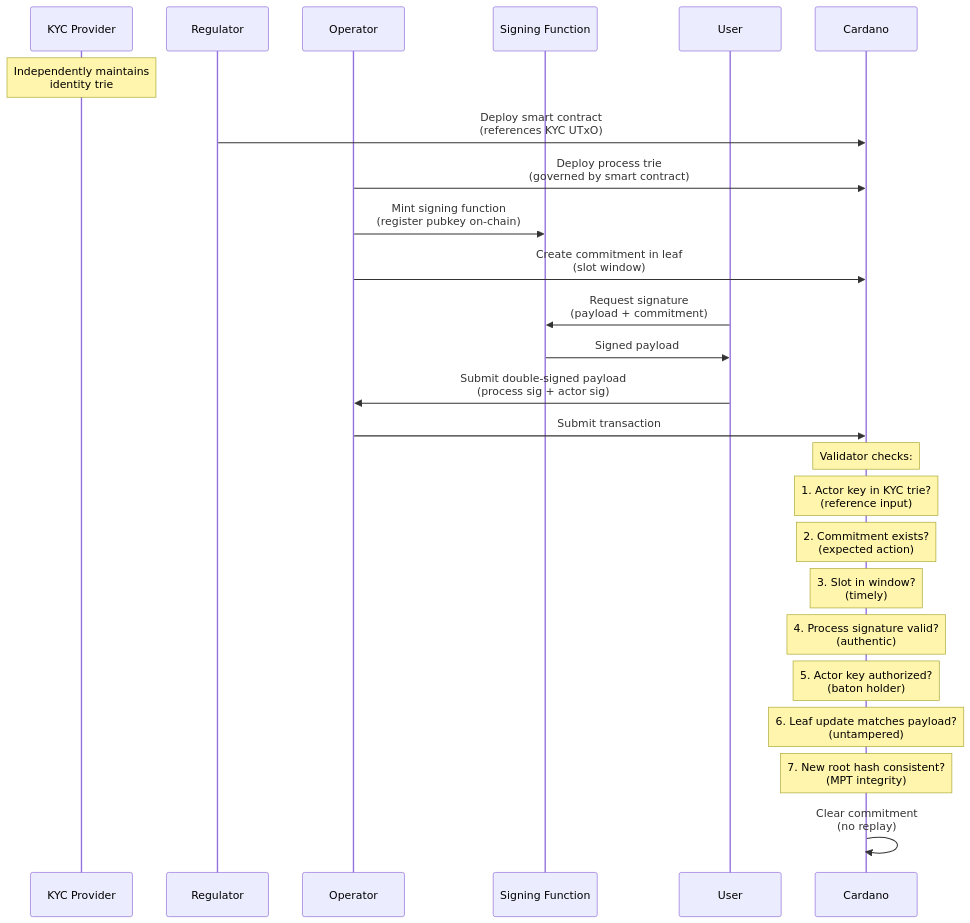
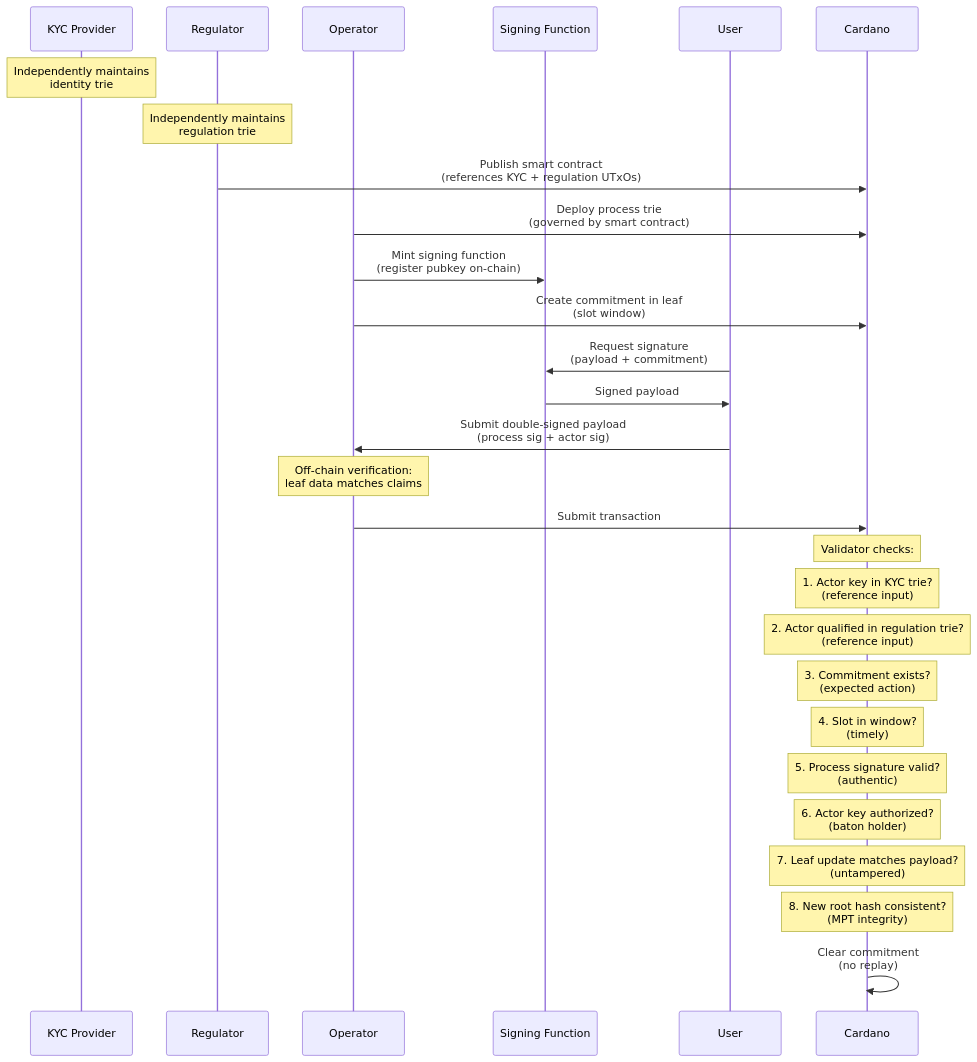
One commit to lambdasistemi/cardano-for-regulators changed the fifth of 19 diagrams in docs/framework/schema.md. Above: the diagram before and after it, drawn with Mermaid. The commit also changed other lines of this file and 1 other file, not shown here.

Commit message:
add regulation trie, on-chain/off-chain verification split, institutional responsibility

````diff
--- a/docs/framework/schema.md
+++ b/docs/framework/schema.md
@@ -85,36 +187,41 @@
 ```mermaid
 sequenceDiagram
     participant KP as KYC Provider
     participant R as Regulator
     participant O as Operator
     participant SF as Signing Function
     participant U as User
     participant C as Cardano
 
     Note over KP: Independently maintains<br/>identity trie
 
-    R->>C: Deploy smart contract<br/>(references KYC UTxO)
+    Note over R: Independently maintains<br/>regulation trie
+
+    R->>C: Publish smart contract<br/>(references KYC + regulation UTxOs)
 
     O->>C: Deploy process trie<br/>(governed by smart contract)
     O->>SF: Mint signing function<br/>(register pubkey on-chain)
 
     O->>C: Create commitment in leaf<br/>(slot window)
 
     U->>SF: Request signature<br/>(payload + commitment)
     SF->>U: Signed payload
 
     U->>O: Submit double-signed payload<br/>(process sig + actor sig)
 
+    Note over O: Off-chain verification:<br/>leaf data matches claims
+
     O->>C: Submit transaction
 
     Note over C: Validator checks:
     Note over C: 1. Actor key in KYC trie?<br/>(reference input)
-    Note over C: 2. Commitment exists?<br/>(expected action)
-    Note over C: 3. Slot in window?<br/>(timely)
-    Note over C: 4. Process signature valid?<br/>(authentic)
-    Note over C: 5. Actor key authorized?<br/>(baton holder)
-    Note over C: 6. Leaf update matches payload?<br/>(untampered)
-    Note over C: 7. New root hash consistent?<br/>(MPT integrity)
+    Note over C: 2. Actor qualified in regulation trie?<br/>(reference input)
+    Note over C: 3. Commitment exists?<br/>(expected action)
+    Note over C: 4. Slot in window?<br/>(timely)
+    Note over C: 5. Process signature valid?<br/>(authentic)
+    Note over C: 6. Actor key authorized?<br/>(baton holder)
+    Note over C: 7. Leaf update matches payload?<br/>(untampered)
+    Note over C: 8. New root hash consistent?<br/>(MPT integrity)
 
     C->>C: Clear commitment<br/>(no replay)
 ```
````
